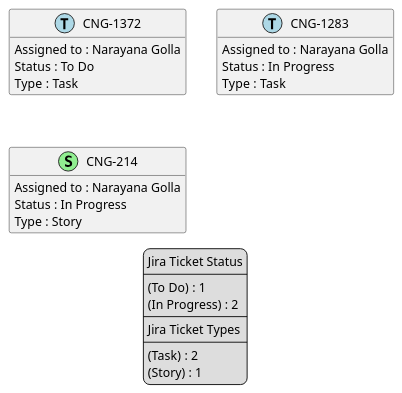
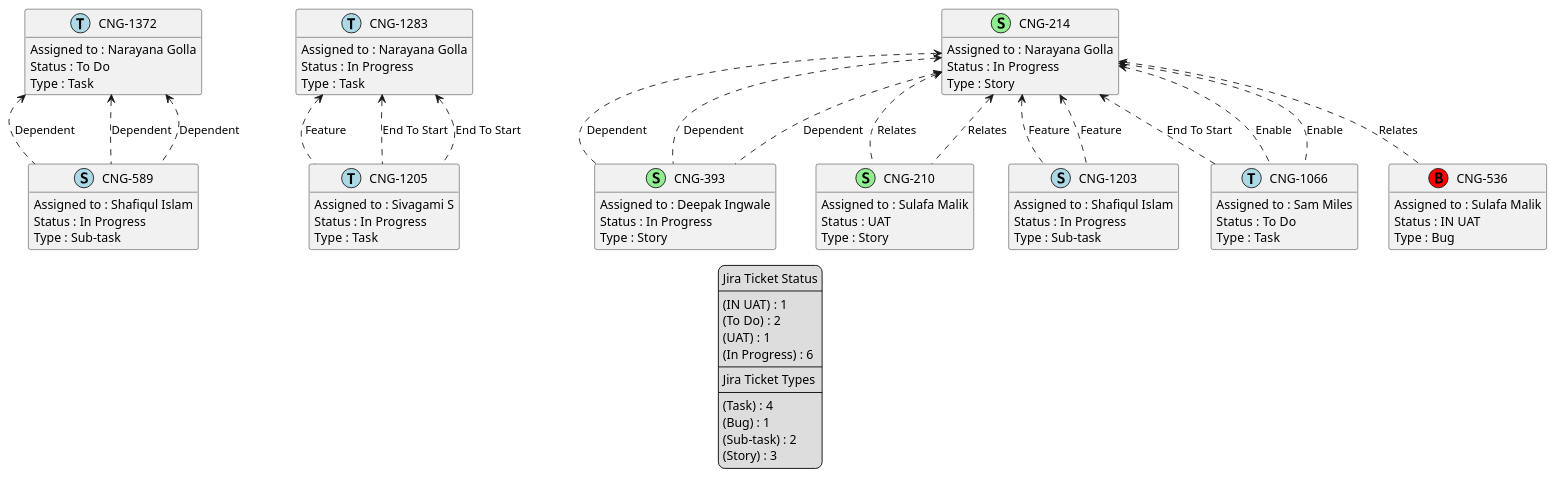
One commit to brunasti/jiraplotter changed the diagram in temp/jira-Narayana Golla.puml. Above: the diagram before and after it, drawn with PlantUML. The commit also changed 57 other files, not shown here.

```diff
--- a/temp/jira-Narayana Golla.puml
+++ b/temp/jira-Narayana Golla.puml
@@ -1,46 +1,109 @@
 @startuml
 'https://plantuml.com/class-diagram
 
 ' GENERATE CLASS DIAGRAM ===========
-' Generated at    : Mon Apr 15 12:32:40 CEST 2024
+' Generated at    : Mon Apr 15 12:46:43 CEST 2024
 
 hide empty members
 
 legend
 Jira Ticket Status
 ----
-(To Do) : 1
-(In Progress) : 2
+(IN UAT) : 1
+(To Do) : 2
+(UAT) : 1
+(In Progress) : 6
 ----
 Jira Ticket Types
 ----
-(Task) : 2
-(Story) : 1
+(Task) : 4
+(Bug) : 1
+(Sub-task) : 2
+(Story) : 3
 end legend
 
 
 ' Tickets =======
 class "CNG-1372" << (T,lightblue) >> {
   Assigned to : Narayana Golla
   Status : To Do
   Type : Task
 }
 
 class "CNG-1283" << (T,lightblue) >> {
   Assigned to : Narayana Golla
   Status : In Progress
   Type : Task
 }
 
+class "CNG-393" << (S,lightgreen) >> {
+  Assigned to : Deepak Ingwale
+  Status : In Progress
+  Type : Story
+}
+
+class "CNG-210" << (S,lightgreen) >> {
+  Assigned to : Sulafa Malik
+  Status : UAT
+  Type : Story
+}
+
+class "CNG-1205" << (T,lightblue) >> {
+  Assigned to : Sivagami S
+  Status : In Progress
+  Type : Task
+}
+
+class "CNG-1203" << (S,lightblue) >> {
+  Assigned to : Shafiqul Islam
+  Status : In Progress
+  Type : Sub-task
+}
+
+class "CNG-589" << (S,lightblue) >> {
+  Assigned to : Shafiqul Islam
+  Status : In Progress
+  Type : Sub-task
+}
+
 class "CNG-214" << (S,lightgreen) >> {
   Assigned to : Narayana Golla
   Status : In Progress
   Type : Story
 }
 
+class "CNG-1066" << (T,lightblue) >> {
+  Assigned to : Sam Miles
+  Status : To Do
+  Type : Task
+}
+
+class "CNG-536" << (B,red) >> {
+  Assigned to : Sulafa Malik
+  Status : IN UAT
+  Type : Bug
+}
+
 
 
 ' Links =======
+"CNG-214" <.. "CNG-393" : Dependent
+"CNG-214" <.. "CNG-1066" : End To Start
+"CNG-214" <.. "CNG-536" : Relates
+"CNG-214" <.. "CNG-393" : Dependent
+"CNG-214" <.. "CNG-1066" : Enable
+"CNG-214" <.. "CNG-1203" : Feature
+"CNG-214" <.. "CNG-210" : Relates
+"CNG-214" <.. "CNG-393" : Dependent
+"CNG-214" <.. "CNG-1066" : Enable
+"CNG-214" <.. "CNG-1203" : Feature
+"CNG-214" <.. "CNG-210" : Relates
+"CNG-1283" <.. "CNG-1205" : Feature
+"CNG-1283" <.. "CNG-1205" : End To Start
+"CNG-1283" <.. "CNG-1205" : End To Start
+"CNG-1372" <.. "CNG-589" : Dependent
+"CNG-1372" <.. "CNG-589" : Dependent
+"CNG-1372" <.. "CNG-589" : Dependent
 
 
 @enduml
```
